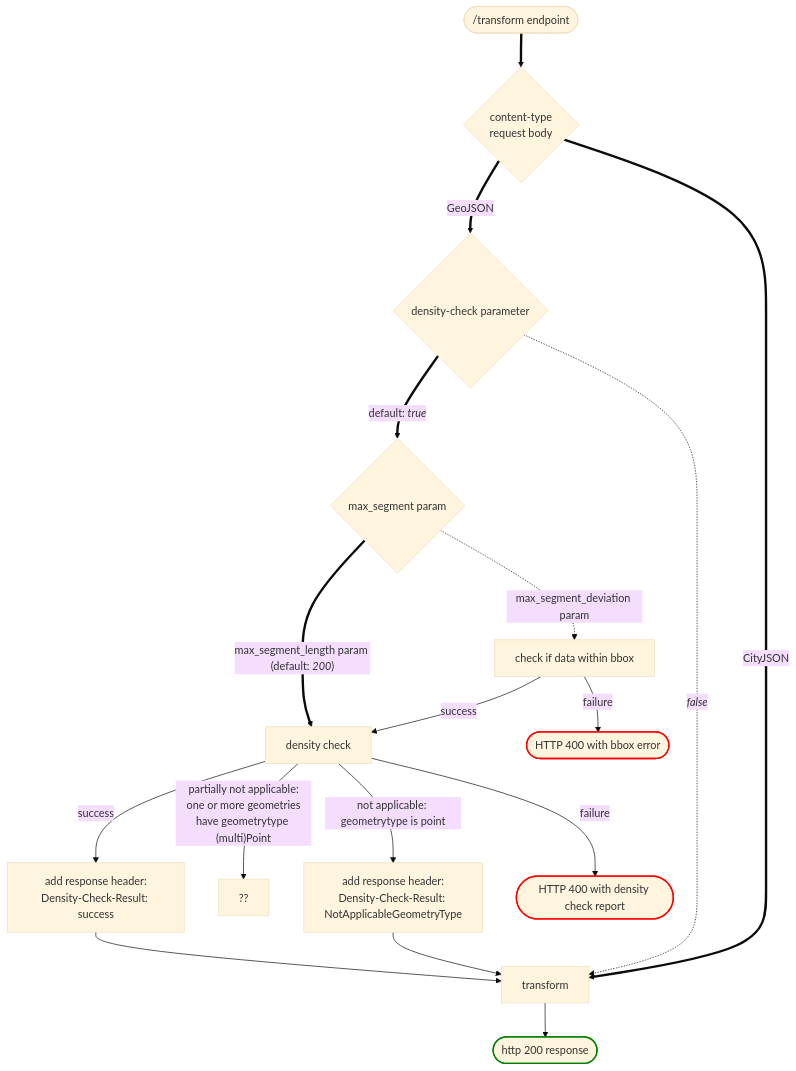
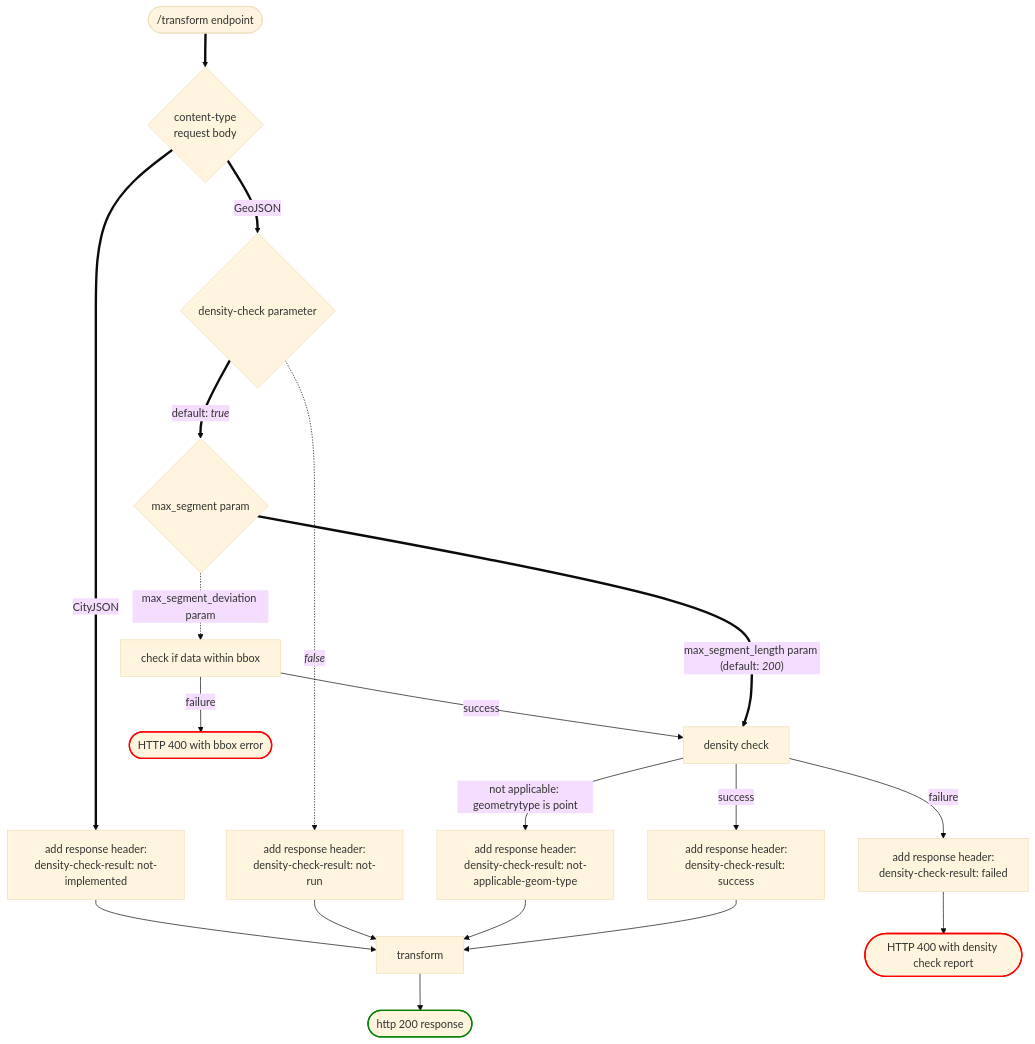
Before and after one commit to GeodetischeInfrastructuur/coordinates-transformation-api: the diagram in README.md, drawn with Mermaid (base theme). The commit also changed 3 other files, not shown here.

Commit message:
update flowchart for transformation endpoint + add data-outside-bbox error

````diff
--- a/README.md
+++ b/README.md
@@ -151,25 +151,28 @@
 ```mermaid
 flowchart
     input([/transform endpoint]) ==> filetype{content-type<br>request body}
     filetype==> | GeoJSON | dc_param{density-check parameter}
-    filetype==> | CityJSON | tf 
+    filetype==> | CityJSON | a4[add response header:<br>density-check-result: not-implemented] 
+    a4 --> tf
     dc_param ==> |"`default: *true*`"|ms_param{max_segment param}
     ms_param -.-> |max_segment_deviation param| bc[check if data within bbox]
     bc --> |success| dc
     bc --> |failure| output_error_bbox([HTTP 400 with bbox error])
 
     ms_param ==> |"`max_segment_length param (default: *200*)`"| dc[density check]
-    dc_param -.-> |"`*false*`"| tf[transform]
+    dc_param -.-> |"`*false*`"| a5[add response header:<br>density-check-result: not-run] 
     
-    dc --> |"not applicable: geometrytype is point" | a2[add response header:<br>Density-Check-Result: NotApplicableGeometryType]
-    dc --> |"partially not applicable:<br> one or more geometries have geometrytype (multi)Point" | a4[??]
-    dc --> |"success"| a3[add response header:<br>Density-Check-Result: success]
-    dc --> |"failure"| output_error([HTTP 400 with density check report])
+    a5 --> tf[transform]
+    
+    dc --> |"not applicable: geometrytype is point" | a2[add response header:<br>density-check-result: not-applicable-geom-type]
+    dc --> |"success"| a3[add response header:<br>density-check-result: success]
+    dc --> |"failure"| a6[add response header:<br>density-check-result: failed] 
+    a6 --> output_error([HTTP 400 with density check report])
     a2 --> tf
     a3 --> tf
     tf --> output([http 200 response])
     class output_error error
     class output_error_bbox error
     classDef error stroke: red,stroke-width:2px
     style output stroke: green,stroke-width:2px
 ```
````
